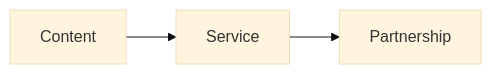
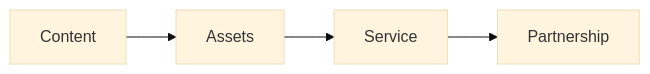
The first of 6 diagrams in docs/method/develop-audience.md (redrhino-online/red-canon), drawn with Mermaid (base theme) before and after one commit. The commit also changed other lines of this file and 3 other files, not shown here.

````diff
--- a/docs/method/develop-audience.md
+++ b/docs/method/develop-audience.md
@@ -7,4 +7,4 @@
 ```mermaid
 flowchart LR
-    A[Content] --> B[Service] --> C[Partnership]
+    A[Content] --> B[Assets] --> C[Service] --> D[Partnership]
 ```
````
